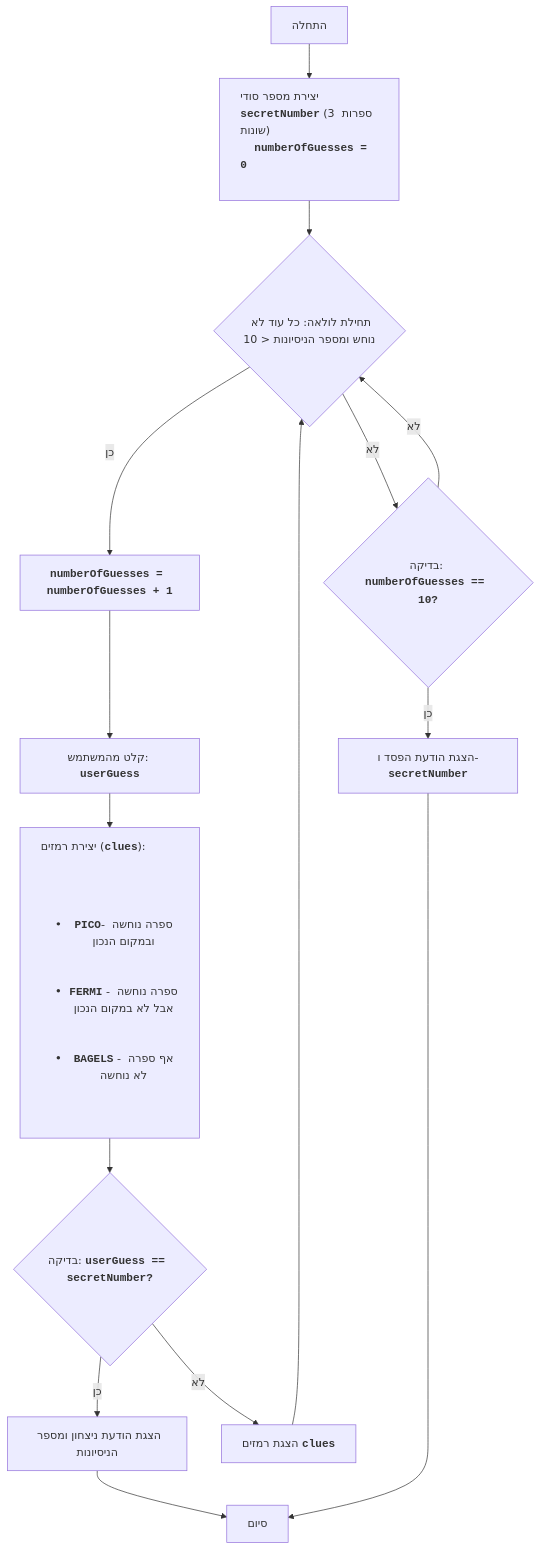
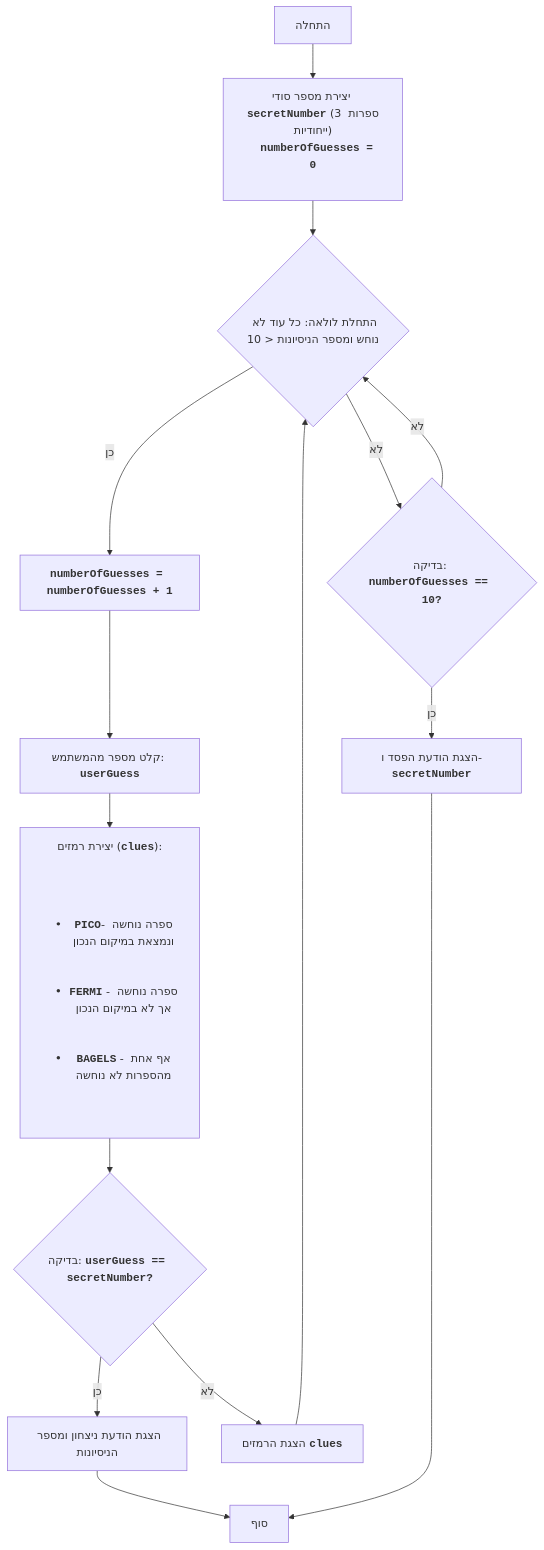
One commit to hypo69/hypo changed the diagram in docs/gemini/he/doc/src/endpoints/ai_games/101_basic_computer_games/ru/GAMES/BAGLES/README.MD.md. Above: the diagram before and after it, drawn with Mermaid. The commit also changed other lines of this file and 885 other files, not shown here.

````diff
--- a/docs/gemini/he/doc/src/endpoints/ai_games/101_basic_computer_games/ru/GAMES/BAGLES/README.MD.md
+++ b/docs/gemini/he/doc/src/endpoints/ai_games/101_basic_computer_games/ru/GAMES/BAGLES/README.MD.md
@@ -42,18 +40,18 @@
 ```mermaid
 flowchart TD
-    Start["התחלה"] --> GenerateSecretNumber["<p align='left'>יצירת מספר סודי <code><b>secretNumber</b></code> (3 ספרות שונות)\n    <code><b>numberOfGuesses = 0</b></code>\n    </p>"]
-    GenerateSecretNumber --> LoopStart{"תחילת לולאה: כל עוד לא נוחש ומספר הניסיונות < 10"}
+    Start["התחלה"] --> GenerateSecretNumber["<p align=\'left\'>יצירת מספר סודי <code><b>secretNumber</b></code> (3 ספרות ייחודיות)\n    <code><b>numberOfGuesses = 0</b></code>\n    </p>"]
+    GenerateSecretNumber --> LoopStart{"התחלת לולאה: כל עוד לא נוחש ומספר הניסיונות < 10"}
     LoopStart -- כן --> IncreaseGuesses["<code><b>numberOfGuesses = numberOfGuesses + 1</b></code>"]
-    IncreaseGuesses --> InputGuess["קלט מהמשתמש: <code><b>userGuess</b></code>"]
-    InputGuess --> GenerateClues["<p align='left'>יצירת רמזים (<code><b>clues</b></code>):\n    <ul>\n    <li><code><b>PICO</b></code>- ספרה נוחשה ובמקום הנכון</li>\n    <li><code><b>FERMI</b></code> - ספרה נוחשה אבל לא במקום הנכון</li>\n    <li><code><b>BAGELS</b></code> - אף ספרה לא נוחשה</li>\n    </ul></p>"]
+    IncreaseGuesses --> InputGuess["קלט מספר מהמשתמש: <code><b>userGuess</b></code>"]
+    InputGuess --> GenerateClues["<p align=\'left\'>יצירת רמזים (<code><b>clues</b></code>):\n    <ul>\n    <li><code><b>PICO</b></code>- ספרה נוחשה ונמצאת במיקום הנכון</li>\n    <li><code><b>FERMI</b></code> - ספרה נוחשה אך לא במיקום הנכון</li>\n    <li><code><b>BAGELS</b></code> - אף אחת מהספרות לא נוחשה</li>\n    </ul></p>"]
     GenerateClues --> CheckWin{"בדיקה: <code><b>userGuess == secretNumber?</b></code>"}
     CheckWin -- כן --> OutputWin["הצגת הודעת ניצחון ומספר הניסיונות"]
-    OutputWin --> End["סיום"]
-    CheckWin -- לא --> OutputClues["הצגת רמזים <code><b>clues</b></code>"]
+    OutputWin --> End["סוף"]
+    CheckWin -- לא --> OutputClues["הצגת הרמזים <code><b>clues</b></code>"]
     OutputClues --> LoopStart
     LoopStart -- לא --> CheckLose{"בדיקה: <code><b>numberOfGuesses == 10?</b></code>"}
     CheckLose -- כן --> OutputLose["הצגת הודעת הפסד ו-<code><b>secretNumber</b></code>"]
     OutputLose --> End
     CheckLose -- לא --> LoopStart
 
 ```
````
